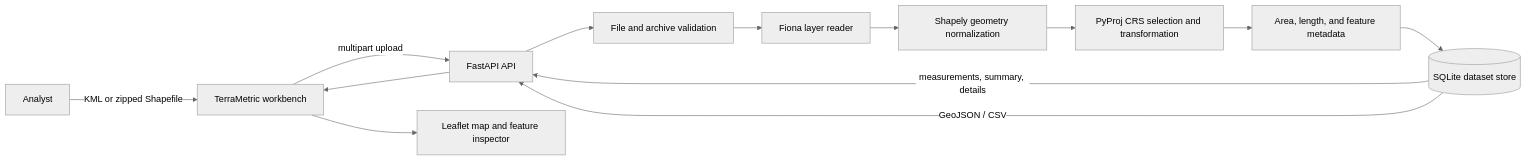
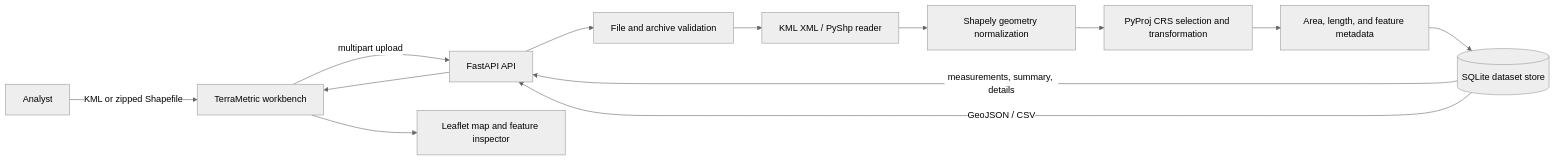
One commit to vicky01v/terrametric changed the first of 4 diagrams in README.md. Above: the diagram before and after it, drawn with Mermaid (neutral theme). The commit also changed other lines of this file and 2 other files, not shown here.

Commit message:
Use portable KML and Shapefile readers without GDAL

````diff
--- a/README.md
+++ b/README.md
@@ -110,15 +110,15 @@
 ```mermaid
 flowchart LR
     U[Analyst] -->|KML or zipped Shapefile| W[TerraMetric workbench]
     W -->|multipart upload| A[FastAPI API]
     A --> V[File and archive validation]
-    V --> P[Fiona layer reader]
+    V --> P[KML XML / PyShp reader]
     P --> G[Shapely geometry normalization]
     G --> C[PyProj CRS selection and transformation]
     C --> M[Area, length, and feature metadata]
     M --> D[(SQLite dataset store)]
     D -->|measurements, summary, details| A
     D -->|GeoJSON / CSV| A
     A --> W
     W --> L[Leaflet map and feature inspector]
 ```
````
